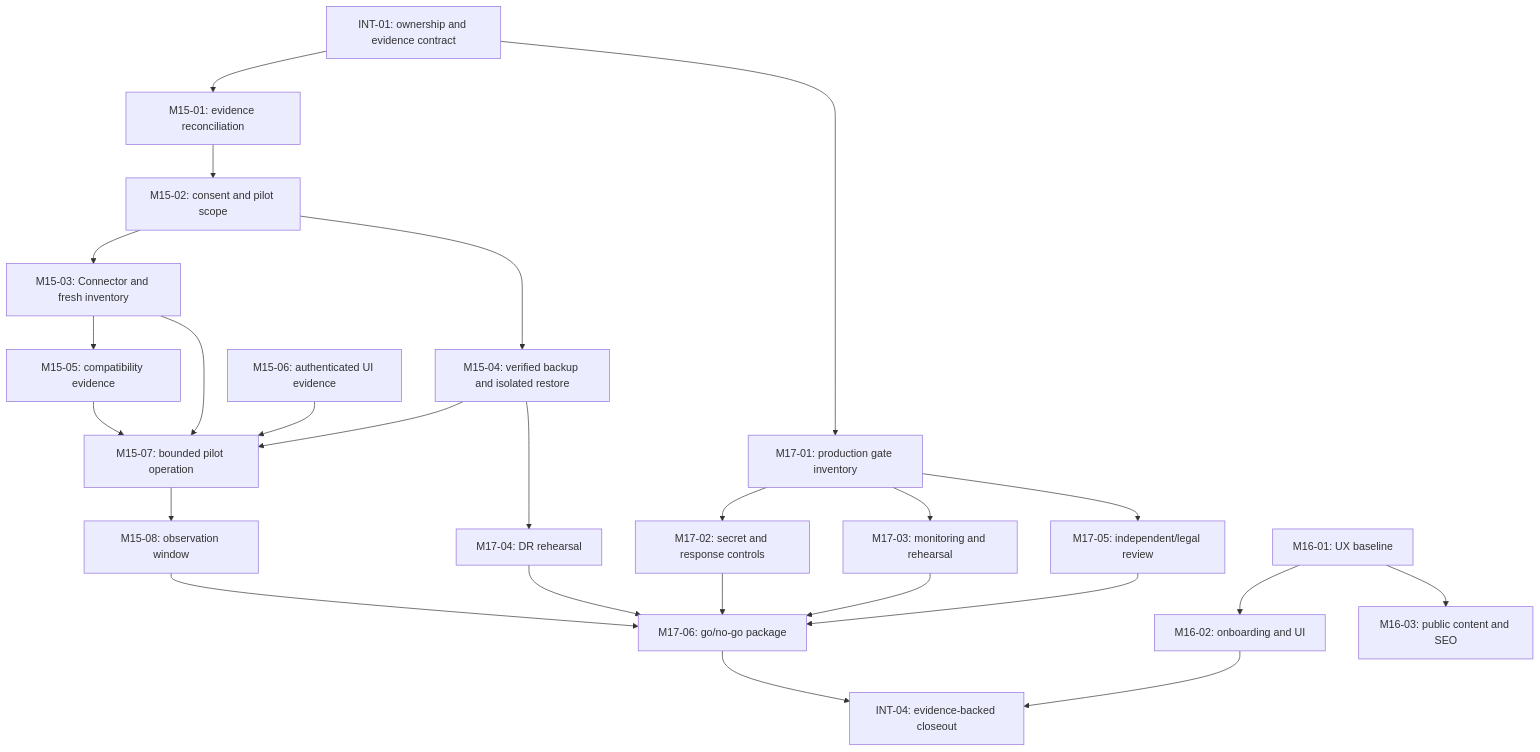
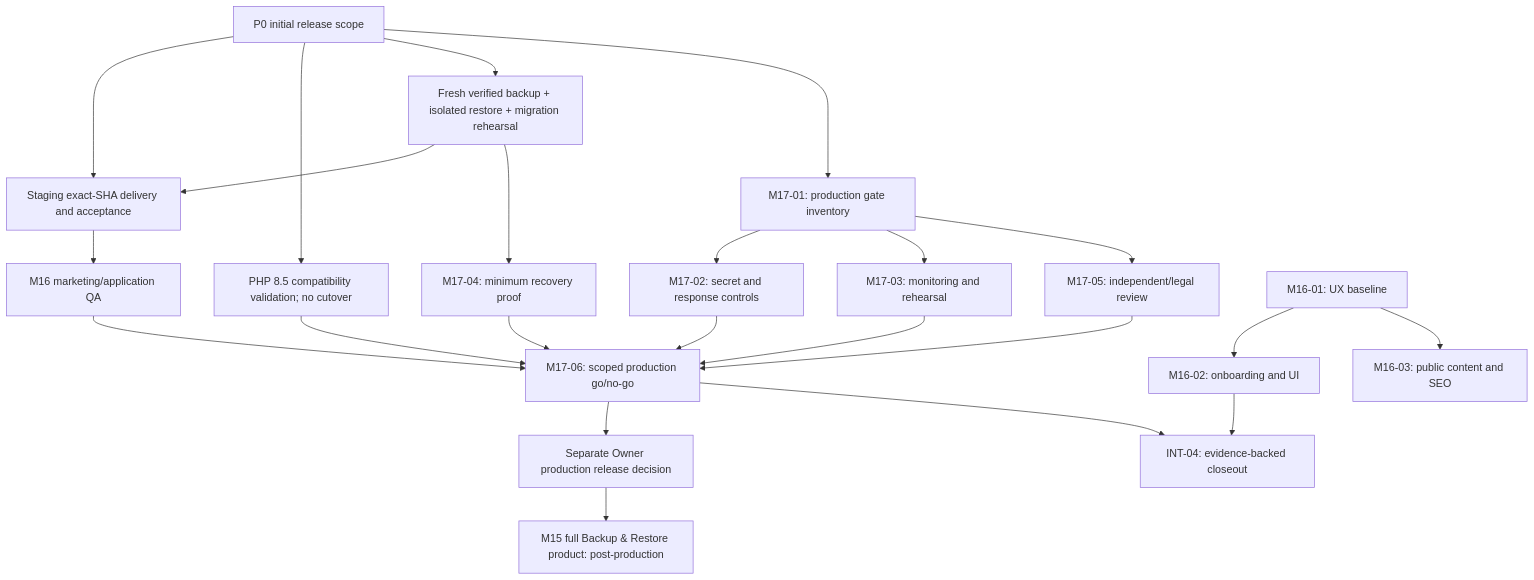
Before and after one commit to zsoltacsai/wpcaregrid: the diagram in docs/MASTER_ROADMAP_AND_INTEGRATION_PLAN.md, drawn with Mermaid. The commit also changed other lines of this file and 3 other files, not shown here.

Commit message:
docs: define marketing-only MVP release gates

````diff
--- a/docs/MASTER_ROADMAP_AND_INTEGRATION_PLAN.md
+++ b/docs/MASTER_ROADMAP_AND_INTEGRATION_PLAN.md
@@ -104,27 +192,25 @@
 ```mermaid
 graph TD
-  INT1[INT-01: ownership and evidence contract] --> M1501[M15-01: evidence reconciliation]
-  INT1 --> M1701[M17-01: production gate inventory]
-  M1501 --> M1502[M15-02: consent and pilot scope]
-  M1502 --> M1503[M15-03: Connector and fresh inventory]
-  M1502 --> M1504[M15-04: verified backup and isolated restore]
-  M1503 --> M1505[M15-05: compatibility evidence]
-  M1503 --> M1507[M15-07: bounded pilot operation]
-  M1504 --> M1507
-  M1505 --> M1507
-  M1506[M15-06: authenticated UI evidence] --> M1507
-  M1507 --> M1508[M15-08: observation window]
-  M1508 --> M17G[M17-06: go/no-go package]
+  P0[P0 initial release scope] --> STG[Staging exact-SHA delivery and acceptance]
+  P0 --> PHP85[PHP 8.5 compatibility validation; no cutover]
+  P0 --> BACKUP[Fresh verified backup + isolated restore + migration rehearsal]
+  P0 --> M1701[M17-01: production gate inventory]
+  BACKUP --> STG
+  STG --> M16[M16 marketing/application QA]
+  BACKUP --> M1704[M17-04: minimum recovery proof]
   M1701 --> M1702[M17-02: secret and response controls]
   M1701 --> M1703[M17-03: monitoring and rehearsal]
-  M1504 --> M1704[M17-04: DR rehearsal]
   M1701 --> M1705[M17-05: independent/legal review]
+  M16 --> M17G[M17-06: scoped production go/no-go]
+  PHP85 --> M17G
   M1702 --> M17G
   M1703 --> M17G
   M1704 --> M17G
   M1705 --> M17G
+  M17G --> OWNER[Separate Owner production release decision]
+  OWNER --> M15[M15 full Backup & Restore product: post-production]
   M1601[M16-01: UX baseline] --> M1602[M16-02: onboarding and UI]
   M1601 --> M1603[M16-03: public content and SEO]
   M1602 --> INT4[INT-04: evidence-backed closeout]
   M17G --> INT4
 ```
````
